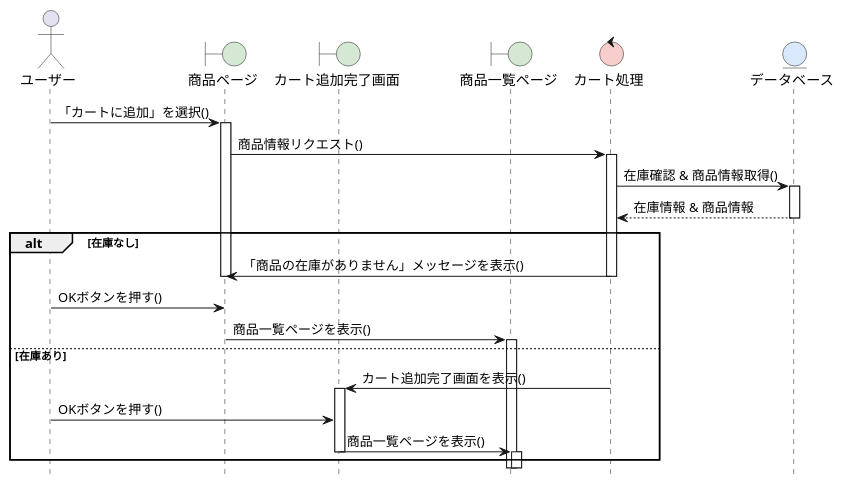
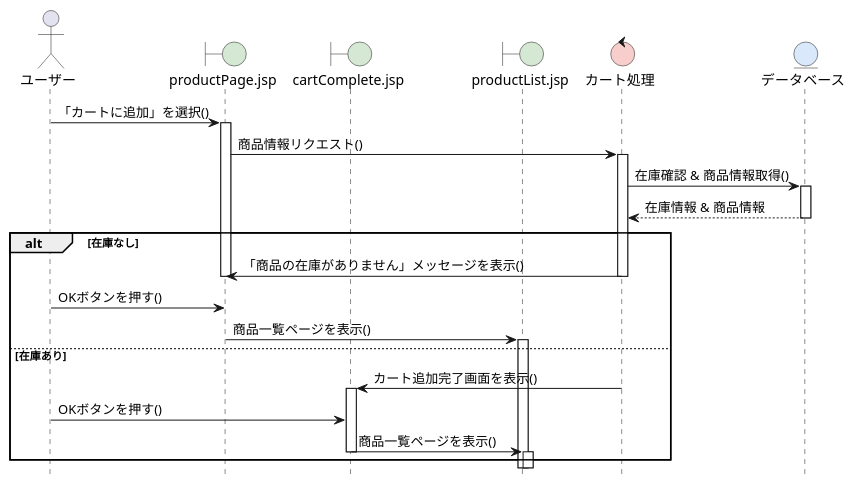
One commit to ghbuser12/ohara_uml changed the diagram in BBshop/sequence_05_Add_cart.pu. Above: the diagram before and after it, drawn with PlantUML.

```diff
--- a/BBshop/sequence_05_Add_cart.pu
+++ b/BBshop/sequence_05_Add_cart.pu
@@ -1,43 +1,43 @@
 @startuml Web訪問者システム-カート追加シーケンス図
 hide footbox
 skinparam boundaryBackgroundColor #D5E8D4
 skinparam controlBackgroundColor  #F8CECC
 skinparam entityBackgroundColor   #DAE8FC
 
 actor ユーザー as U
-boundary 商品ページ as B1
-boundary カート追加完了画面 as B2
-boundary 商品一覧ページ as B3
+boundary productPage.jsp as B1
+boundary cartComplete.jsp as B2
+boundary productList.jsp as B3
 control カート処理 as C1
 entity データベース as E
 
 ' 基本フロー
 U -> B1: 「カートに追加」を選択()
 activate B1
 
 B1 -> C1: 商品情報リクエスト()
 activate C1
 C1 -> E: 在庫確認 & 商品情報取得()
 activate E
 E --> C1: 在庫情報 & 商品情報
 deactivate E
 
 alt 在庫なし
   C1 -> B1: 「商品の在庫がありません」メッセージを表示()
   deactivate C1
   deactivate B1
   U -> B1: OKボタンを押す()
   B1 -> B3: 商品一覧ページを表示()
   activate B3
 else 在庫あり
   C1 -> B2: カート追加完了画面を表示()
   deactivate C1
   deactivate B1
   activate B2
   U -> B2: OKボタンを押す()
   B2 -> B3: 商品一覧ページを表示()
   deactivate B2
   activate B3
 end
 
 @enduml
```
